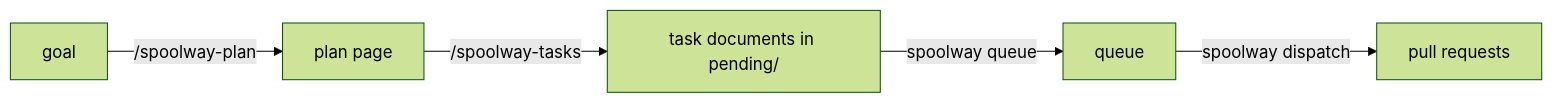
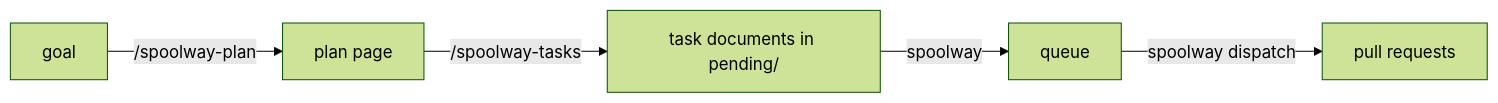
The diagram in docs/planning.md (marvingygas/spoolway), drawn with Mermaid (forest theme) before and after one commit. The commit also changed other lines of this file and 43 other files, not shown here.

````diff
--- a/docs/planning.md
+++ b/docs/planning.md
@@ -12,7 +12,7 @@
 ```mermaid
 flowchart LR
   A[goal] -->|/spoolway-plan| B[plan page]
   B -->|/spoolway-tasks| C[task documents in pending/]
-  C -->|spoolway queue| D[queue]
+  C -->|spoolway| D[queue]
   D -->|spoolway dispatch| E[pull requests]
 ```
````
